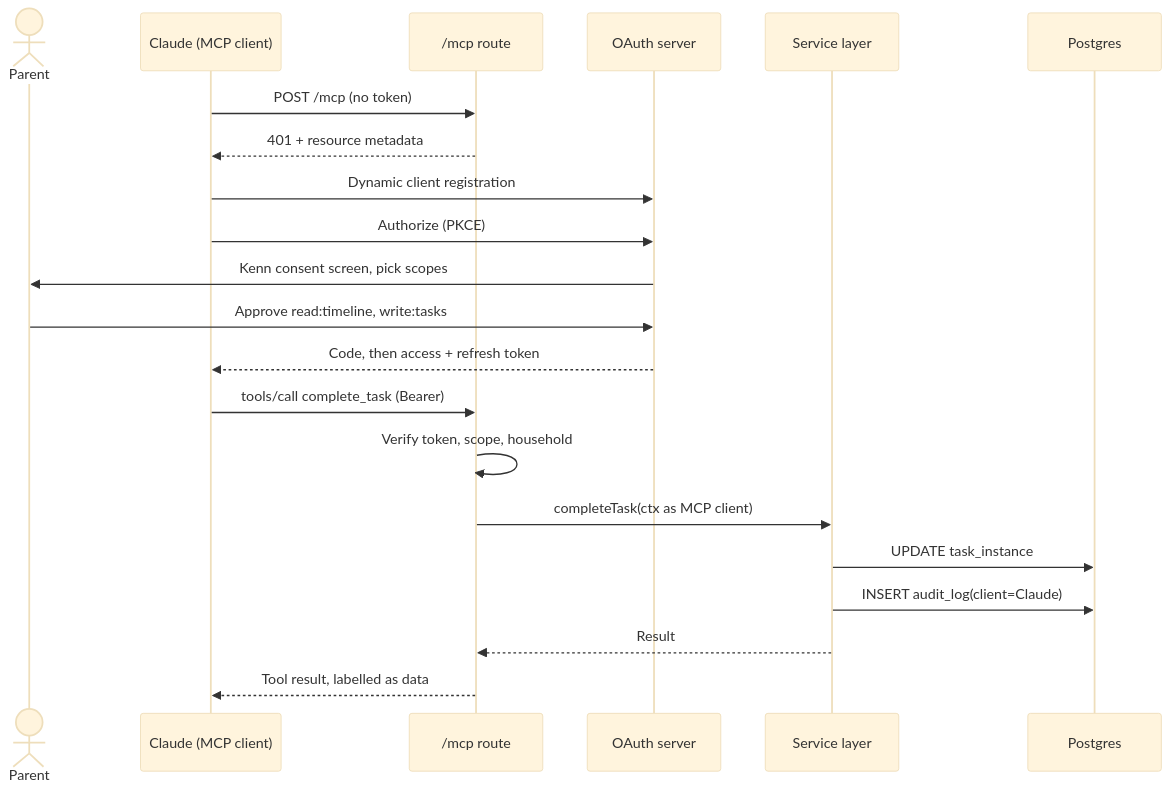
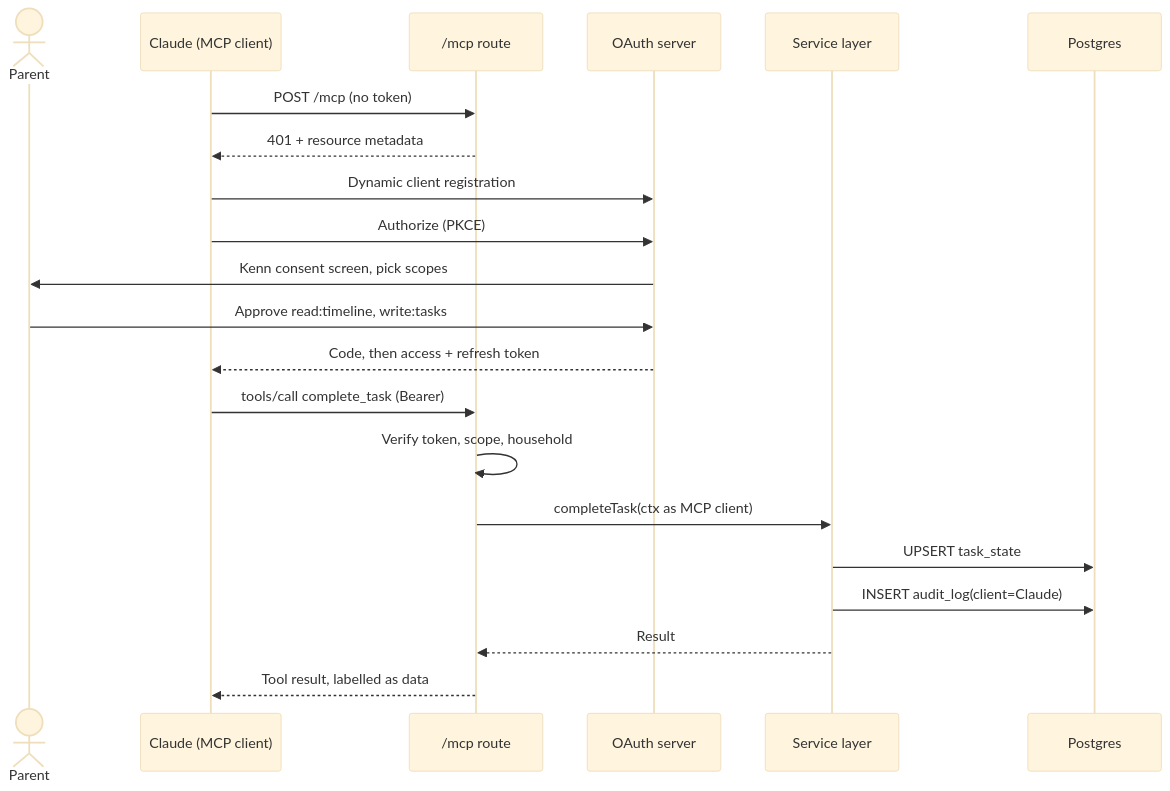
One commit to DorFerenc/Kenn changed the diagram in docs/diagrams/sequence-mcp.mmd. Above: the diagram before and after it, drawn with Mermaid (base theme). The commit also changed 8 other files, not shown here.

```diff
--- a/docs/diagrams/sequence-mcp.mmd
+++ b/docs/diagrams/sequence-mcp.mmd
@@ -1,21 +1,21 @@
 sequenceDiagram
   actor P as Parent
   participant C as Claude (MCP client)
   participant M as /mcp route
   participant O as OAuth server
   participant S as Service layer
   participant DB as Postgres
   C->>M: POST /mcp (no token)
   M-->>C: 401 + resource metadata
   C->>O: Dynamic client registration
   C->>O: Authorize (PKCE)
   O->>P: Kenn consent screen, pick scopes
   P->>O: Approve read:timeline, write:tasks
   O-->>C: Code, then access + refresh token
   C->>M: tools/call complete_task (Bearer)
   M->>M: Verify token, scope, household
   M->>S: completeTask(ctx as MCP client)
-  S->>DB: UPDATE task_instance
+  S->>DB: UPSERT task_state
   S->>DB: INSERT audit_log(client=Claude)
   S-->>M: Result
   M-->>C: Tool result, labelled as data
```
